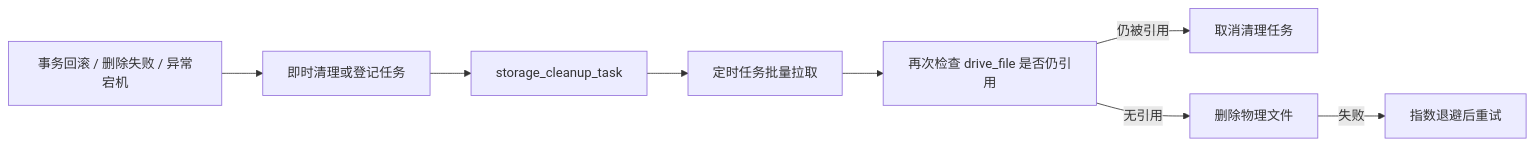
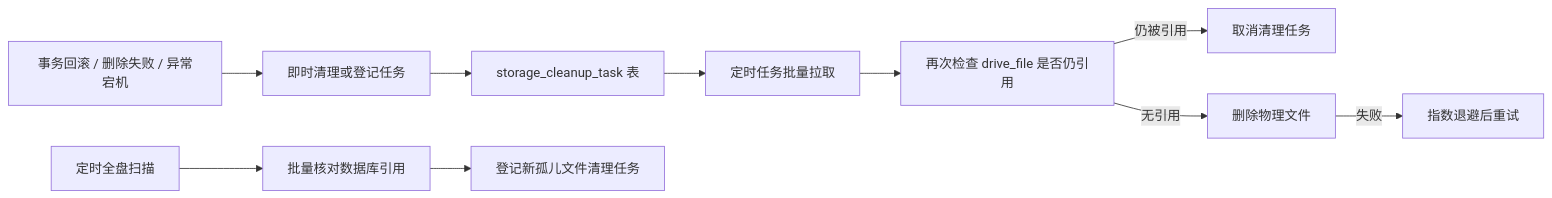
One commit to ZhongErsan/simple-department-drive changed the third of 4 diagrams in README.md. Above: the diagram before and after it, drawn with Mermaid. The commit also changed other lines of this file, not shown here.

````diff
--- a/README.md
+++ b/README.md
@@ -155,10 +185,12 @@
-``` mermaid
+```mermaid
 flowchart LR
     A[事务回滚 / 删除失败 / 异常宕机] --> B[即时清理或登记任务]
-    B --> C[storage_cleanup_task]
+    B --> C[storage_cleanup_task 表]
     C --> D[定时任务批量拉取]
     D --> E[再次检查 drive_file 是否仍引用]
     E -->|仍被引用| F[取消清理任务]
     E -->|无引用| G[删除物理文件]
     G -->|失败| H[指数退避后重试]
+    I[定时全盘扫描] --> J[批量核对数据库引用]
+    J --> K[登记新孤儿文件清理任务]
 ```
````
